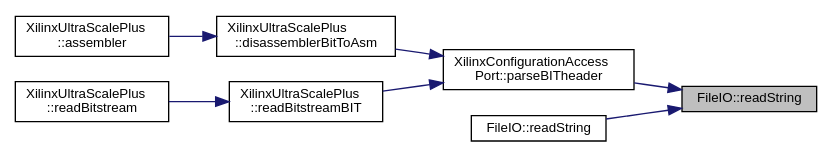
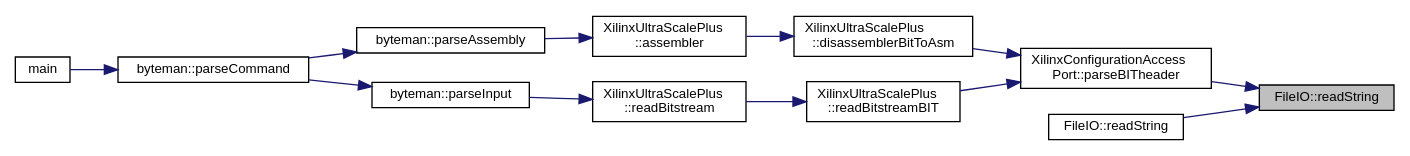
One commit to FPGA-Research-Manchester/byteman changed the diagram in namespaceFileIO_ad41f7dbc9c1ed8a51accfadf6c8fc978_icgraph.dot. Above: the diagram before and after it, drawn with Graphviz. The commit also changed 713 other files, not shown here.

```diff
--- a/namespaceFileIO_ad41f7dbc9c1ed8a51accfadf6c8fc978_icgraph.dot
+++ b/namespaceFileIO_ad41f7dbc9c1ed8a51accfadf6c8fc978_icgraph.dot
@@ -1,21 +1,30 @@
 digraph "FileIO::readString"
 {
  // INTERACTIVE_SVG=YES
  // LATEX_PDF_SIZE
   edge [fontname="Helvetica",fontsize="10",labelfontname="Helvetica",labelfontsize="10"];
   node [fontname="Helvetica",fontsize="10",shape=record];
   rankdir="RL";
   Node1 [label="FileIO::readString",height=0.2,width=0.4,color="black", fillcolor="grey75", style="filled", fontcolor="black",tooltip=" "];
   Node1 -> Node2 [dir="back",color="midnightblue",fontsize="10",style="solid",fontname="Helvetica"];
   Node2 [label="XilinxConfigurationAccess\lPort::parseBITheader",height=0.2,width=0.4,color="black", fillcolor="white", style="filled",URL="$classXilinxConfigurationAccessPort.html#a0eb1cd9757987010e6879268ae412b4e",tooltip=" "];
   Node2 -> Node3 [dir="back",color="midnightblue",fontsize="10",style="solid",fontname="Helvetica"];
   Node3 [label="XilinxUltraScalePlus\l::disassemblerBitToAsm",height=0.2,width=0.4,color="black", fillcolor="white", style="filled",URL="$classXilinxUltraScalePlus.html#a54f9af4b6723a99c0b9e8e9c9b424d00",tooltip=" "];
   Node3 -> Node4 [dir="back",color="midnightblue",fontsize="10",style="solid",fontname="Helvetica"];
   Node4 [label="XilinxUltraScalePlus\l::assembler",height=0.2,width=0.4,color="black", fillcolor="white", style="filled",URL="$classXilinxUltraScalePlus.html#a53e5f6ec962f1f2a961f90b8b9e90e10",tooltip=" "];
-  Node2 -> Node5 [dir="back",color="midnightblue",fontsize="10",style="solid",fontname="Helvetica"];
-  Node5 [label="XilinxUltraScalePlus\l::readBitstreamBIT",height=0.2,width=0.4,color="black", fillcolor="white", style="filled",URL="$classXilinxUltraScalePlus.html#a62dea738808396d7d520f26d8e5594d2",tooltip=" "];
+  Node4 -> Node5 [dir="back",color="midnightblue",fontsize="10",style="solid",fontname="Helvetica"];
+  Node5 [label="byteman::parseAssembly",height=0.2,width=0.4,color="black", fillcolor="white", style="filled",URL="$classbyteman.html#a5e7f2e31d95626075a6ce22b54ecbbf8",tooltip=" "];
   Node5 -> Node6 [dir="back",color="midnightblue",fontsize="10",style="solid",fontname="Helvetica"];
-  Node6 [label="XilinxUltraScalePlus\l::readBitstream",height=0.2,width=0.4,color="black", fillcolor="white", style="filled",URL="$classXilinxUltraScalePlus.html#a0e5d08a2e5c37a29a1a04d50b48739d2",tooltip=" "];
-  Node1 -> Node7 [dir="back",color="midnightblue",fontsize="10",style="solid",fontname="Helvetica"];
-  Node7 [label="FileIO::readString",height=0.2,width=0.4,color="black", fillcolor="white", style="filled",URL="$namespaceFileIO.html#aa2ee94219def7a61d6a292db5107510c",tooltip=" "];
+  Node6 [label="byteman::parseCommand",height=0.2,width=0.4,color="black", fillcolor="white", style="filled",URL="$classbyteman.html#a97ad2d6b20a10ddb0dd8d373159eea4e",tooltip=" "];
+  Node6 -> Node7 [dir="back",color="midnightblue",fontsize="10",style="solid",fontname="Helvetica"];
+  Node7 [label="main",height=0.2,width=0.4,color="black", fillcolor="white", style="filled",URL="$byteman_8cpp.html#a0ddf1224851353fc92bfbff6f499fa97",tooltip=" "];
+  Node2 -> Node8 [dir="back",color="midnightblue",fontsize="10",style="solid",fontname="Helvetica"];
+  Node8 [label="XilinxUltraScalePlus\l::readBitstreamBIT",height=0.2,width=0.4,color="black", fillcolor="white", style="filled",URL="$classXilinxUltraScalePlus.html#a62dea738808396d7d520f26d8e5594d2",tooltip=" "];
+  Node8 -> Node9 [dir="back",color="midnightblue",fontsize="10",style="solid",fontname="Helvetica"];
+  Node9 [label="XilinxUltraScalePlus\l::readBitstream",height=0.2,width=0.4,color="black", fillcolor="white", style="filled",URL="$classXilinxUltraScalePlus.html#a0e5d08a2e5c37a29a1a04d50b48739d2",tooltip=" "];
+  Node9 -> Node10 [dir="back",color="midnightblue",fontsize="10",style="solid",fontname="Helvetica"];
+  Node10 [label="byteman::parseInput",height=0.2,width=0.4,color="black", fillcolor="white", style="filled",URL="$classbyteman.html#ac217ac1dbc512bf44a70b147c0ceff04",tooltip=" "];
+  Node10 -> Node6 [dir="back",color="midnightblue",fontsize="10",style="solid",fontname="Helvetica"];
+  Node1 -> Node11 [dir="back",color="midnightblue",fontsize="10",style="solid",fontname="Helvetica"];
+  Node11 [label="FileIO::readString",height=0.2,width=0.4,color="black", fillcolor="white", style="filled",URL="$namespaceFileIO.html#aa2ee94219def7a61d6a292db5107510c",tooltip=" "];
 }
```
